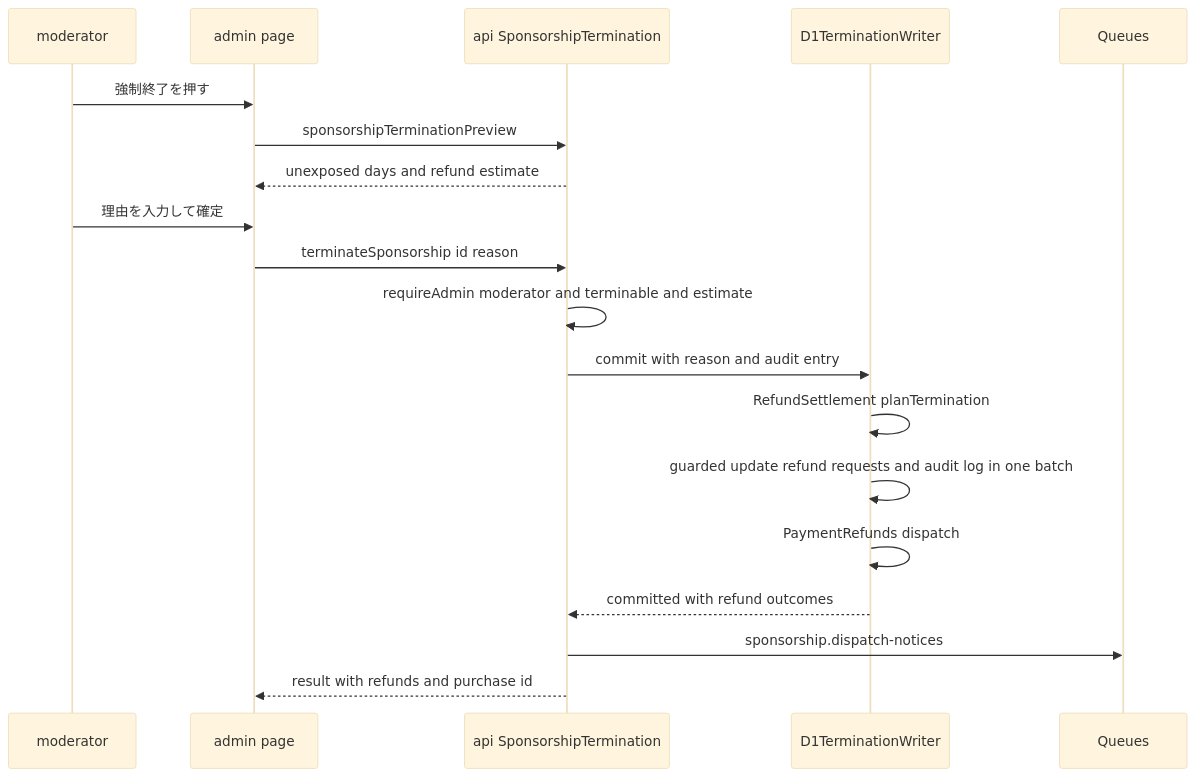
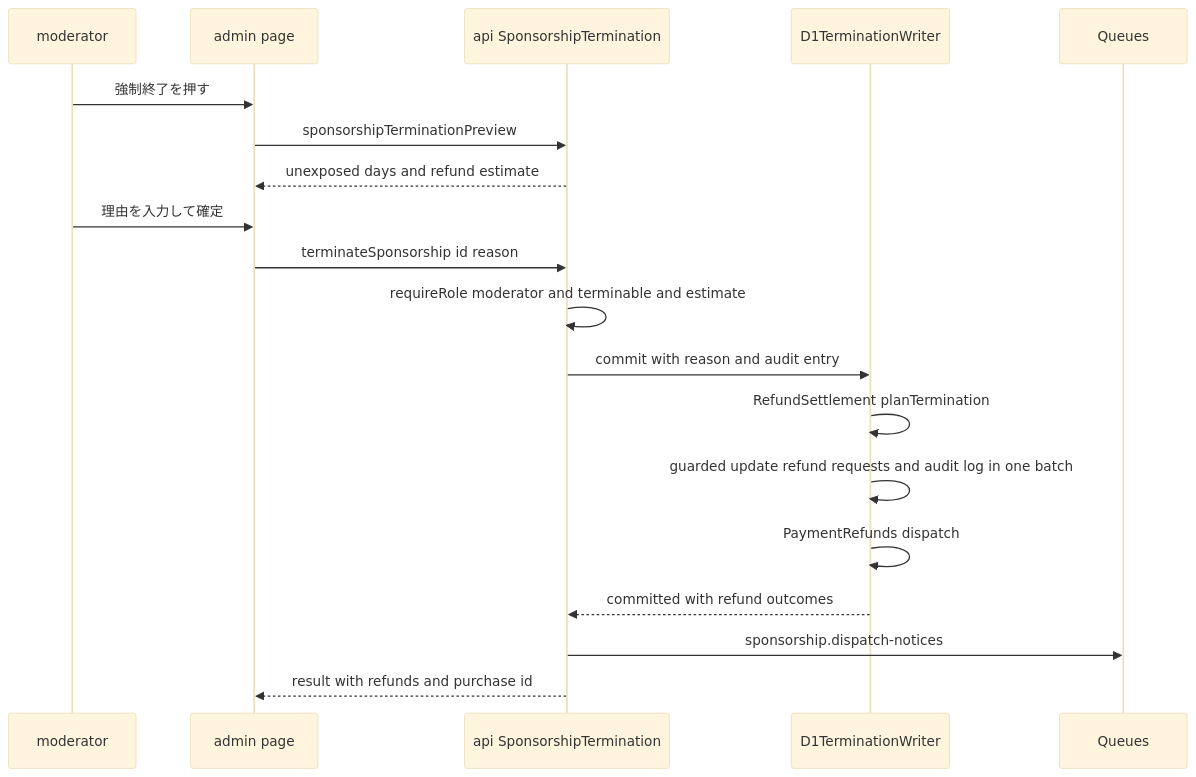
One commit to kurachiweb/genai-example-2-launch-platform changed the seventh of 8 diagrams in .kiro/specs/sponsorship/design.md. Above: the diagram before and after it, drawn with Mermaid (base theme). The commit also changed other lines of this file and 17 other files, not shown here.

````diff
--- a/.kiro/specs/sponsorship/design.md
+++ b/.kiro/specs/sponsorship/design.md
@@ -590,21 +602,21 @@
 ```mermaid
 sequenceDiagram
     participant M as moderator
     participant UI as admin page
     participant A as api SponsorshipTermination
     participant W as D1TerminationWriter
     participant Q as Queues
     M->>UI: 強制終了を押す
     UI->>A: sponsorshipTerminationPreview
     A-->>UI: unexposed days and refund estimate
     M->>UI: 理由を入力して確定
     UI->>A: terminateSponsorship id reason
-    A->>A: requireAdmin moderator and terminable and estimate
+    A->>A: requireRole moderator and terminable and estimate
     A->>W: commit with reason and audit entry
     W->>W: RefundSettlement planTermination
     W->>W: guarded update refund requests and audit log in one batch
     W->>W: PaymentRefunds dispatch
     W-->>A: committed with refund outcomes
     A->>Q: sponsorship.dispatch-notices
     A-->>UI: result with refunds and purchase id
 ```
````
